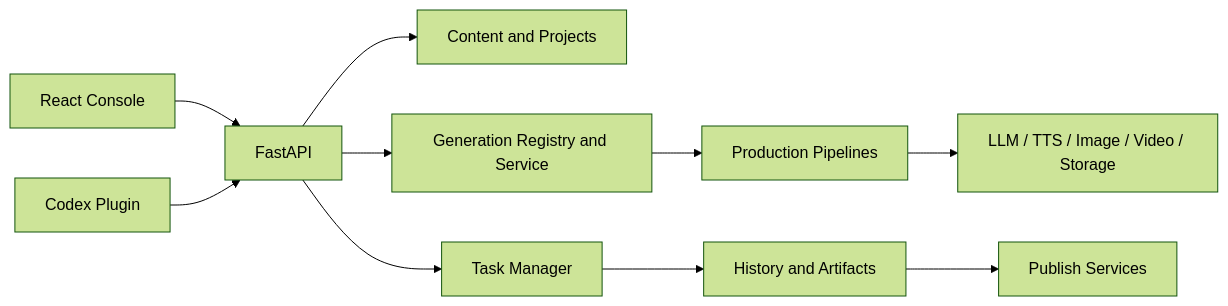
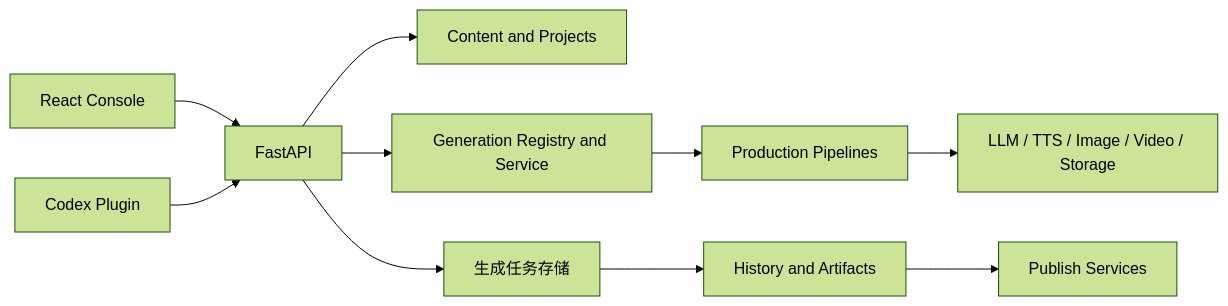
One commit to zhihao93li/Pixelle-Video-plus changed the diagram in docs/zh/product/current-product.md. Above: the diagram before and after it, drawn with Mermaid (forest theme). The commit also changed other lines of this file and 68 other files, not shown here.

````diff
--- a/docs/zh/product/current-product.md
+++ b/docs/zh/product/current-product.md
@@ -29,12 +29,12 @@
 ```mermaid
 flowchart LR
     UI[React Console] --> API[FastAPI]
     Agent[Codex Plugin] --> API
     API --> Content[Content and Projects]
     API --> Generation[Generation Registry and Service]
-    API --> Tasks[Task Manager]
+    API --> Tasks[生成任务存储]
     Generation --> Pipelines[Production Pipelines]
     Pipelines --> Services[LLM / TTS / Image / Video / Storage]
     Tasks --> History[History and Artifacts]
     History --> Publish[Publish Services]
 ```
````
